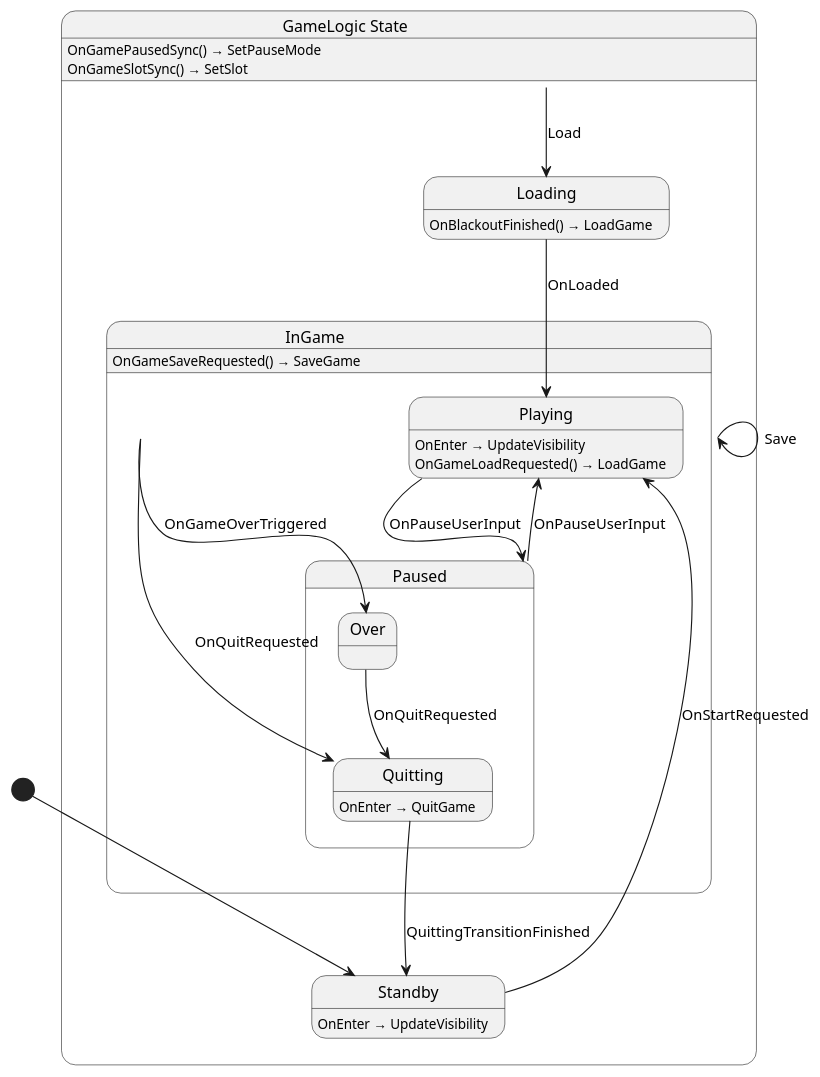
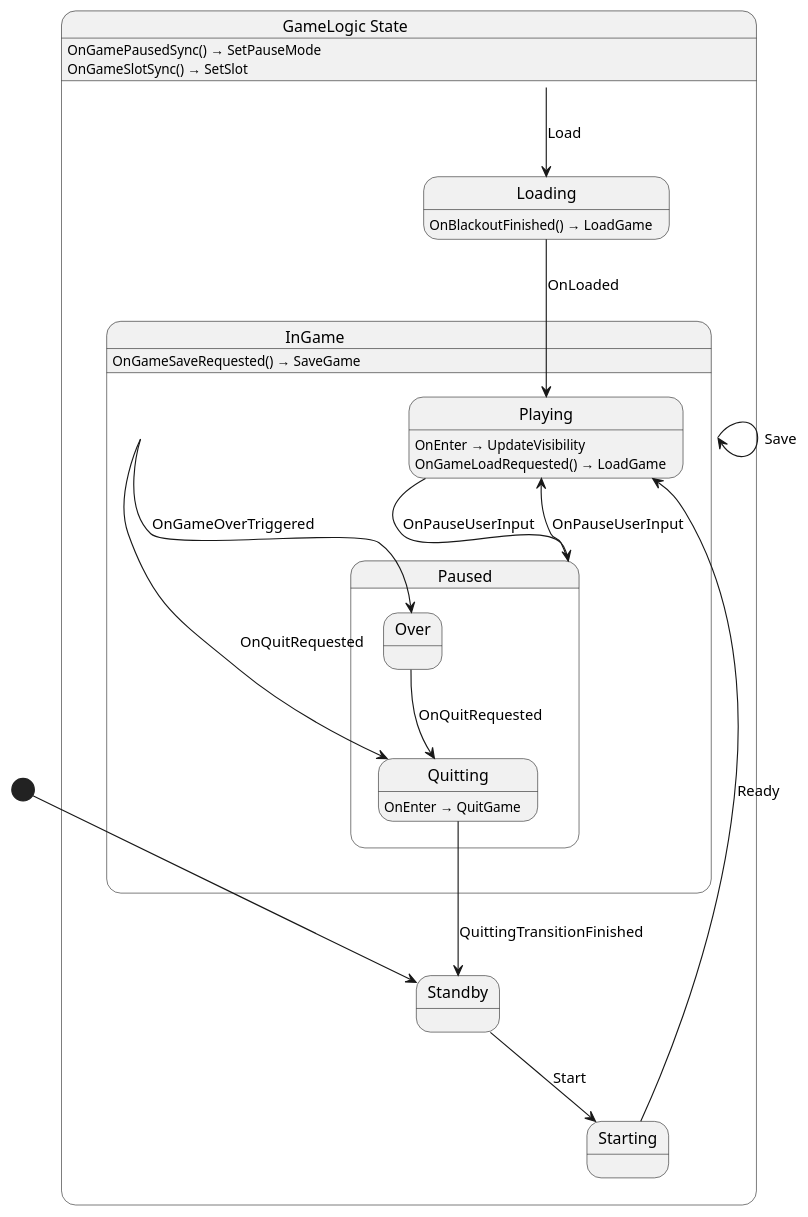
The diagram in Yolk.Logic/Game/GameLogic.g.puml (nilsiker/yolk), drawn with PlantUML before and after one commit. The commit also changed 38 other files, not shown here.

```diff
--- a/Yolk.Logic/Game/GameLogic.g.puml
+++ b/Yolk.Logic/Game/GameLogic.g.puml
@@ -1,35 +1,36 @@
 @startuml GameLogic
 state "GameLogic State" as Yolk_Game_GameLogic_State {
   state "InGame" as Yolk_Game_GameLogic_State_InGame {
     state "Paused" as Yolk_Game_GameLogic_State_InGame_Paused {
       state "Over" as Yolk_Game_GameLogic_State_InGame_Paused_Over
       state "Quitting" as Yolk_Game_GameLogic_State_InGame_Paused_Quitting
     }
     state "Playing" as Yolk_Game_GameLogic_State_InGame_Playing
   }
   state "Loading" as Yolk_Game_GameLogic_State_Loading
   state "Standby" as Yolk_Game_GameLogic_State_Standby
+  state "Starting" as Yolk_Game_GameLogic_State_Starting
 }
 
 Yolk_Game_GameLogic_State --> Yolk_Game_GameLogic_State_Loading : Load
 Yolk_Game_GameLogic_State_InGame --> Yolk_Game_GameLogic_State_InGame : Save
 Yolk_Game_GameLogic_State_InGame --> Yolk_Game_GameLogic_State_InGame_Paused_Over : OnGameOverTriggered
 Yolk_Game_GameLogic_State_InGame --> Yolk_Game_GameLogic_State_InGame_Paused_Quitting : OnQuitRequested
 Yolk_Game_GameLogic_State_InGame_Paused --> Yolk_Game_GameLogic_State_InGame_Playing : OnPauseUserInput
 Yolk_Game_GameLogic_State_InGame_Paused_Over --> Yolk_Game_GameLogic_State_InGame_Paused_Quitting : OnQuitRequested
 Yolk_Game_GameLogic_State_InGame_Paused_Quitting --> Yolk_Game_GameLogic_State_Standby : QuittingTransitionFinished
 Yolk_Game_GameLogic_State_InGame_Playing --> Yolk_Game_GameLogic_State_InGame_Paused : OnPauseUserInput
 Yolk_Game_GameLogic_State_Loading --> Yolk_Game_GameLogic_State_InGame_Playing : OnLoaded
-Yolk_Game_GameLogic_State_Standby --> Yolk_Game_GameLogic_State_InGame_Playing : OnStartRequested
+Yolk_Game_GameLogic_State_Standby --> Yolk_Game_GameLogic_State_Starting : Start
+Yolk_Game_GameLogic_State_Starting --> Yolk_Game_GameLogic_State_InGame_Playing : Ready
 
 Yolk_Game_GameLogic_State : OnGamePausedSync() → SetPauseMode
 Yolk_Game_GameLogic_State : OnGameSlotSync() → SetSlot
 Yolk_Game_GameLogic_State_InGame : OnGameSaveRequested() → SaveGame
 Yolk_Game_GameLogic_State_InGame_Paused_Quitting : OnEnter → QuitGame
 Yolk_Game_GameLogic_State_InGame_Playing : OnEnter → UpdateVisibility
 Yolk_Game_GameLogic_State_InGame_Playing : OnGameLoadRequested() → LoadGame
 Yolk_Game_GameLogic_State_Loading : OnBlackoutFinished() → LoadGame
-Yolk_Game_GameLogic_State_Standby : OnEnter → UpdateVisibility
 
 [*] --> Yolk_Game_GameLogic_State_Standby
 @enduml
```
